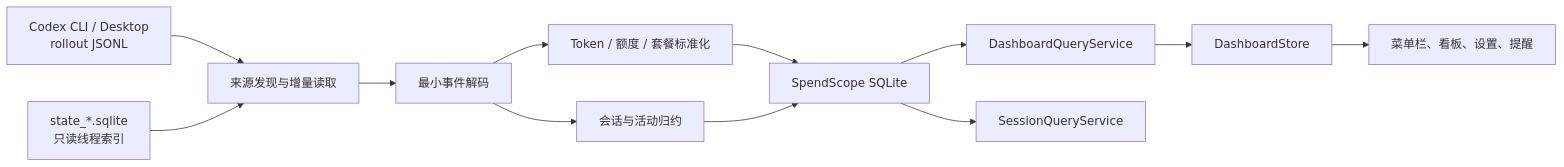
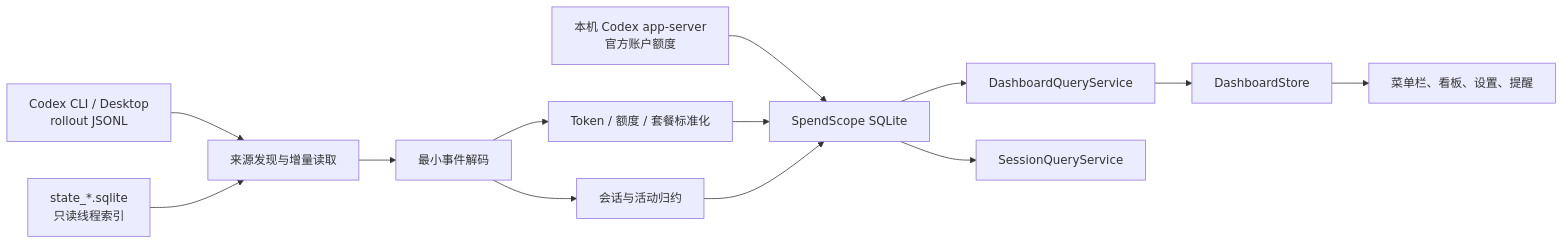
The diagram in docs/TECHNICAL_ARCHIVE.md (ychp/SpendScope), drawn with Mermaid before and after one commit. The commit also changed other lines of this file and 4 other files, not shown here.

````diff
--- a/docs/TECHNICAL_ARCHIVE.md
+++ b/docs/TECHNICAL_ARCHIVE.md
@@ -48,14 +49,15 @@
 ```mermaid
 flowchart LR
     A["Codex CLI / Desktop<br/>rollout JSONL"] --> C["来源发现与增量读取"]
     B["state_*.sqlite<br/>只读线程索引"] --> C
     C --> D["最小事件解码"]
+    L["本机 Codex app-server<br/>官方账户额度"] --> G
     D --> E["Token / 额度 / 套餐标准化"]
     D --> F["会话与活动归约"]
     E --> G["SpendScope SQLite"]
     F --> G
     G --> H["DashboardQueryService"]
     G --> I["SessionQueryService"]
     H --> J["DashboardStore"]
     J --> K["菜单栏、看板、设置、提醒"]
 ```
````
